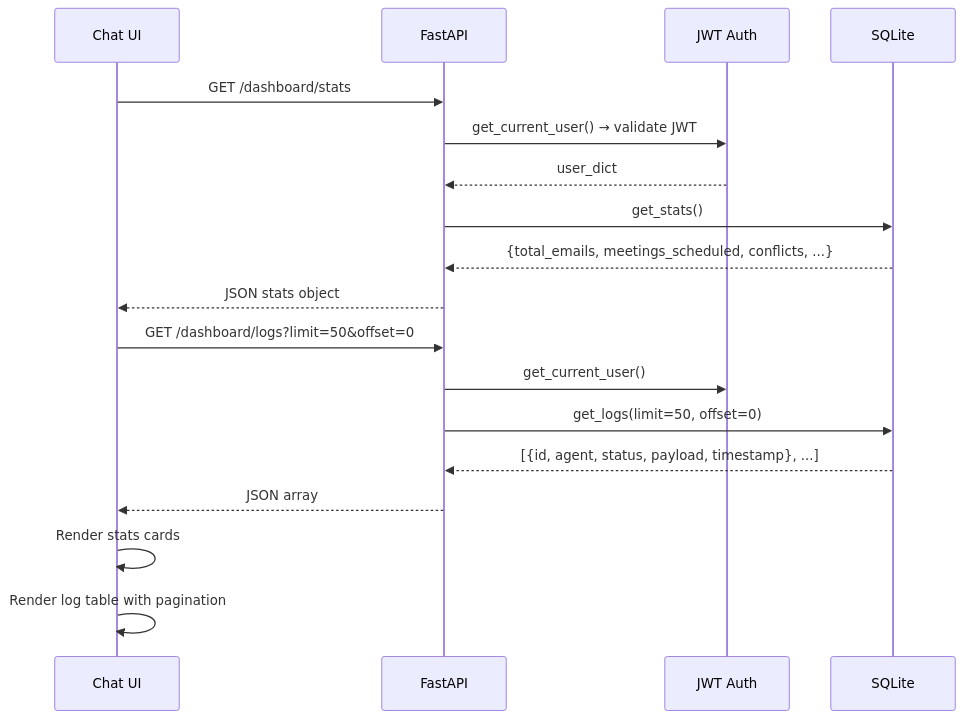
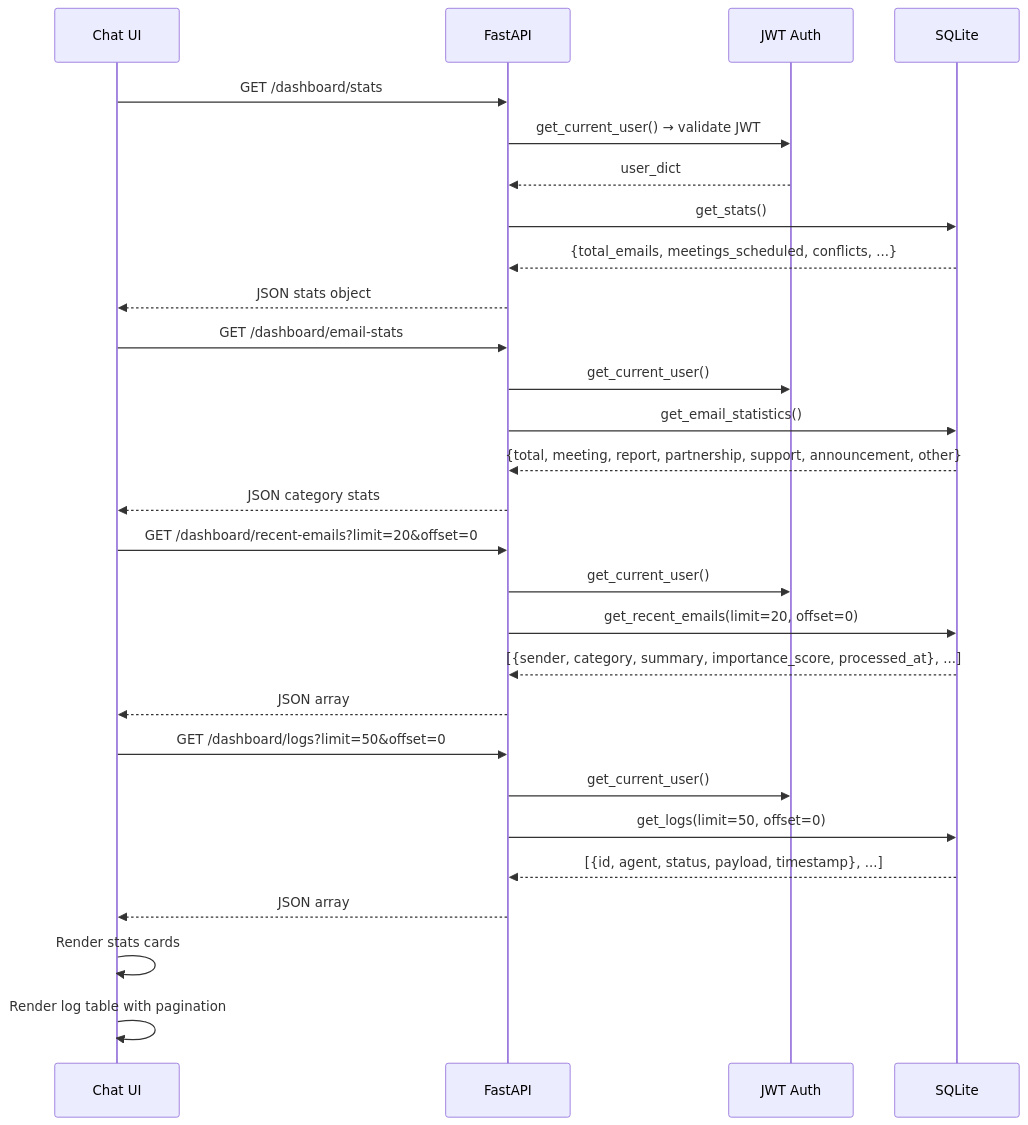
One commit to ngvann1110/email_scheduler_ai changed the ninth of 13 diagrams in docs/architecture_overview.md. Above: the diagram before and after it, drawn with Mermaid. The commit also changed other lines of this file and 2 other files, not shown here.

Commit message:
docs: update architecture and feature documentation

````diff
--- a/docs/architecture_overview.md
+++ b/docs/architecture_overview.md
@@ -483,23 +493,35 @@
 ```mermaid
 sequenceDiagram
     participant Browser as Chat UI
     participant FastAPI
     participant JWT as JWT Auth
     participant SQLite
 
     Browser->>FastAPI: GET /dashboard/stats
     FastAPI->>JWT: get_current_user() → validate JWT
     JWT-->>FastAPI: user_dict
     FastAPI->>SQLite: get_stats()
     SQLite-->>FastAPI: {total_emails, meetings_scheduled, conflicts, ...}
     FastAPI-->>Browser: JSON stats object
 
+    Browser->>FastAPI: GET /dashboard/email-stats
+    FastAPI->>JWT: get_current_user()
+    FastAPI->>SQLite: get_email_statistics()
+    SQLite-->>FastAPI: {total, meeting, report, partnership, support, announcement, other}
+    FastAPI-->>Browser: JSON category stats
+
+    Browser->>FastAPI: GET /dashboard/recent-emails?limit=20&offset=0
+    FastAPI->>JWT: get_current_user()
+    FastAPI->>SQLite: get_recent_emails(limit=20, offset=0)
+    SQLite-->>FastAPI: [{sender, category, summary, importance_score, processed_at}, ...]
+    FastAPI-->>Browser: JSON array
+
     Browser->>FastAPI: GET /dashboard/logs?limit=50&offset=0
     FastAPI->>JWT: get_current_user()
     FastAPI->>SQLite: get_logs(limit=50, offset=0)
     SQLite-->>FastAPI: [{id, agent, status, payload, timestamp}, ...]
     FastAPI-->>Browser: JSON array
 
     Browser->>Browser: Render stats cards
     Browser->>Browser: Render log table with pagination
 ```
````
